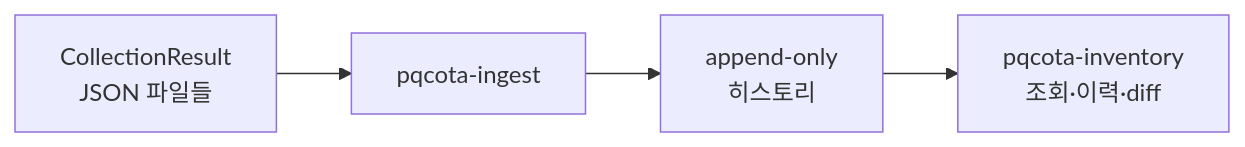
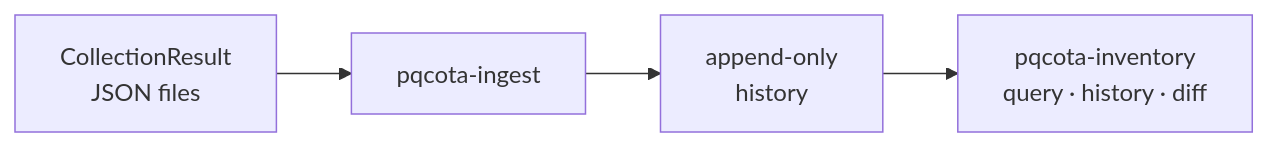
One commit to randyinthedev-hash/pqcota changed the diagram in inventory/README.md. Above: the diagram before and after it, drawn with Mermaid. The commit also changed other lines of this file and 80 other files, not shown here.

````diff
--- a/inventory/README.md
+++ b/inventory/README.md
@@ -11,5 +8,5 @@
 ```mermaid
 flowchart LR
-    R["CollectionResult<br/>JSON 파일들"] --> I["pqcota-ingest"] --> H["append-only<br/>히스토리"]
-    H --> V["pqcota-inventory<br/>조회·이력·diff"]
+    R["CollectionResult<br/>JSON files"] --> I["pqcota-ingest"] --> H["append-only<br/>history"]
+    H --> V["pqcota-inventory<br/>query · history · diff"]
 ```
````
